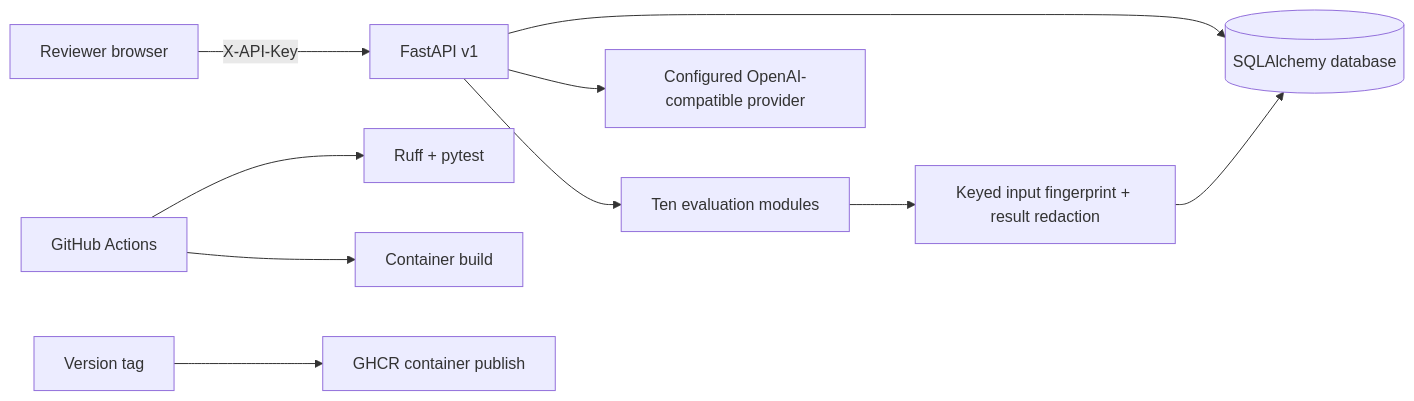
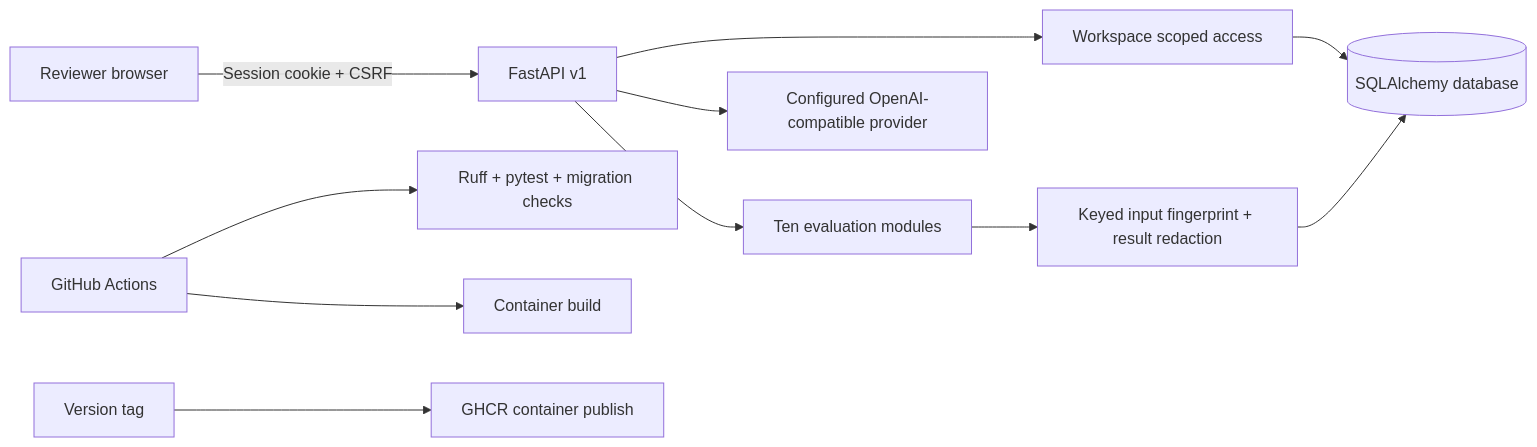
The diagram in docs/ARCHITECTURE.md (SriRamkunamsetty/evalworks), drawn with Mermaid before and after one commit. The commit also changed other lines of this file and 20 other files, not shown here.

Commit message:
Add workspace auth and tenant isolation

````diff
--- a/docs/ARCHITECTURE.md
+++ b/docs/ARCHITECTURE.md
@@ -5,12 +5,13 @@
 ```mermaid
 flowchart LR
-    Reviewer[Reviewer browser] -->|X-API-Key| API[FastAPI v1]
+    Reviewer[Reviewer browser] -->|Session cookie + CSRF| API[FastAPI v1]
     API --> Modules[Ten evaluation modules]
-    API --> Store[(SQLAlchemy database)]
+    API --> Tenant[Workspace scoped access]
+    Tenant --> Store[(SQLAlchemy database)]
     API --> Provider[Configured OpenAI-compatible provider]
     Modules --> Redactor[Keyed input fingerprint + result redaction]
     Redactor --> Store
-    CI[GitHub Actions] --> Quality[Ruff + pytest]
+    CI[GitHub Actions] --> Quality[Ruff + pytest + migration checks]
     CI --> Image[Container build]
     Tag[Version tag] --> Publish[GHCR container publish]
 ```
````
